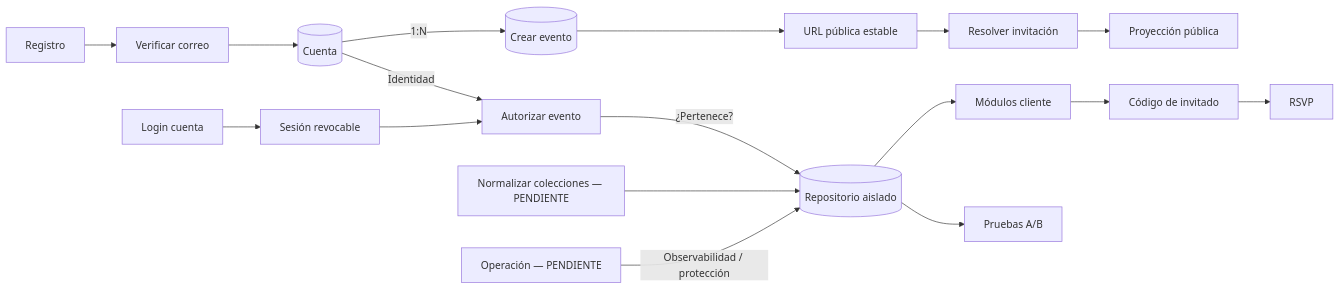
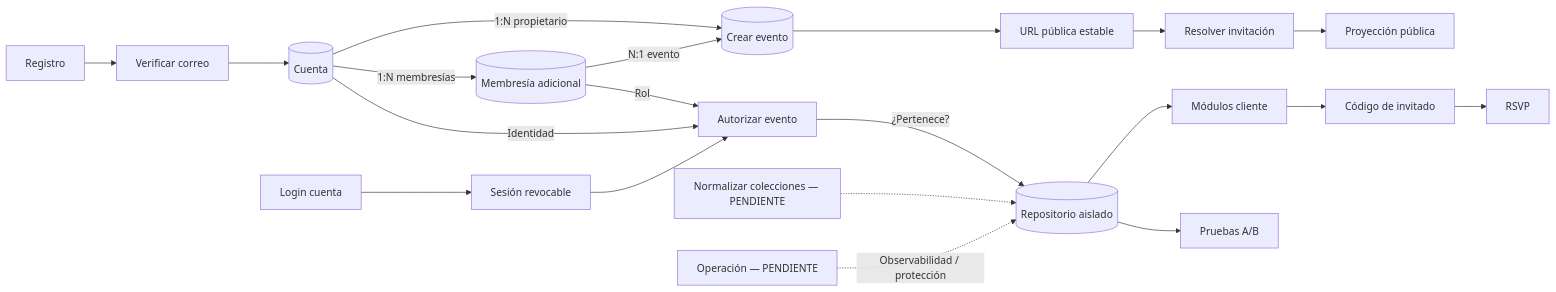
The diagram in docs/diagrams/saas-accounts.mmd (ZpectralCrystals/nupcial-saas), drawn with Mermaid before and after one commit. The commit also changed 52 other files, not shown here.

```diff
--- a/docs/diagrams/saas-accounts.mmd
+++ b/docs/diagrams/saas-accounts.mmd
@@ -1,34 +1,38 @@
 flowchart LR
   signup["Registro"]
   verify["Verificar correo"]
   account[("Cuenta")]
   newEvent[("Crear evento")]
   login["Login cuenta"]
   session["Sesión revocable"]
   permission["Autorizar evento"]
   repo[("Repositorio aislado")]
+  membership[("Membresía adicional")]
   migration["Normalizar colecciones — PENDIENTE"]
   link["Código de invitado"]
   rsvp["RSVP"]
   modules["Módulos cliente"]
   slug["URL pública estable"]
   public["Resolver invitación"]
   projection["Proyección pública"]
   tests["Pruebas A/B"]
   ops["Operación — PENDIENTE"]
   signup --> verify
   verify --> account
-  account -->|"1:N"| newEvent
+  account -->|"1:N propietario"| newEvent
+  account -->|"1:N membresías"| membership
+  membership -->|"N:1 evento"| newEvent
   login --> session
   session --> permission
   account -->|"Identidad"| permission
+  membership -->|"Rol"| permission
   permission -->|"¿Pertenece?"| repo
-  migration --> repo
+  migration -.-> repo
   repo --> modules
   modules --> link
   link --> rsvp
   newEvent --> slug
   slug --> public
   public --> projection
   repo --> tests
-  ops -->|"Observabilidad / protección"| repo
+  ops -.->|"Observabilidad / protección"| repo
```
